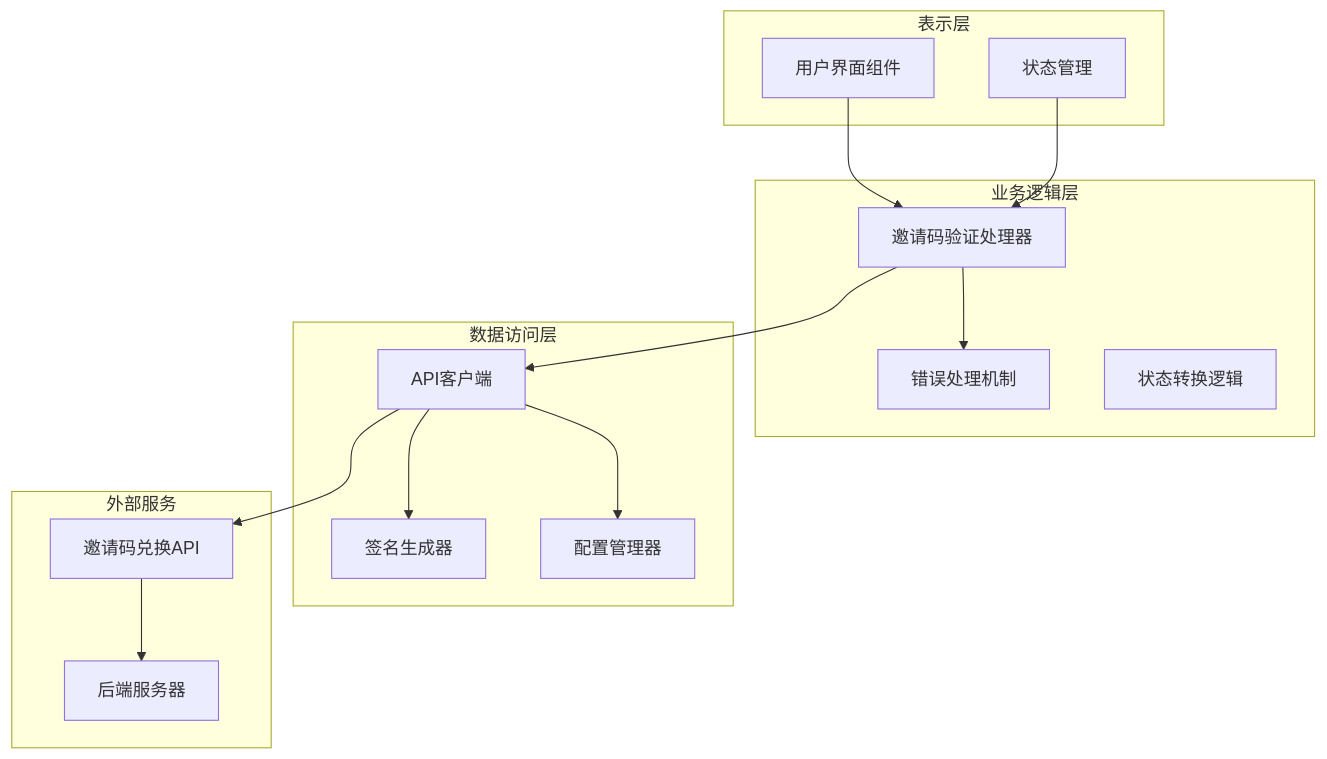
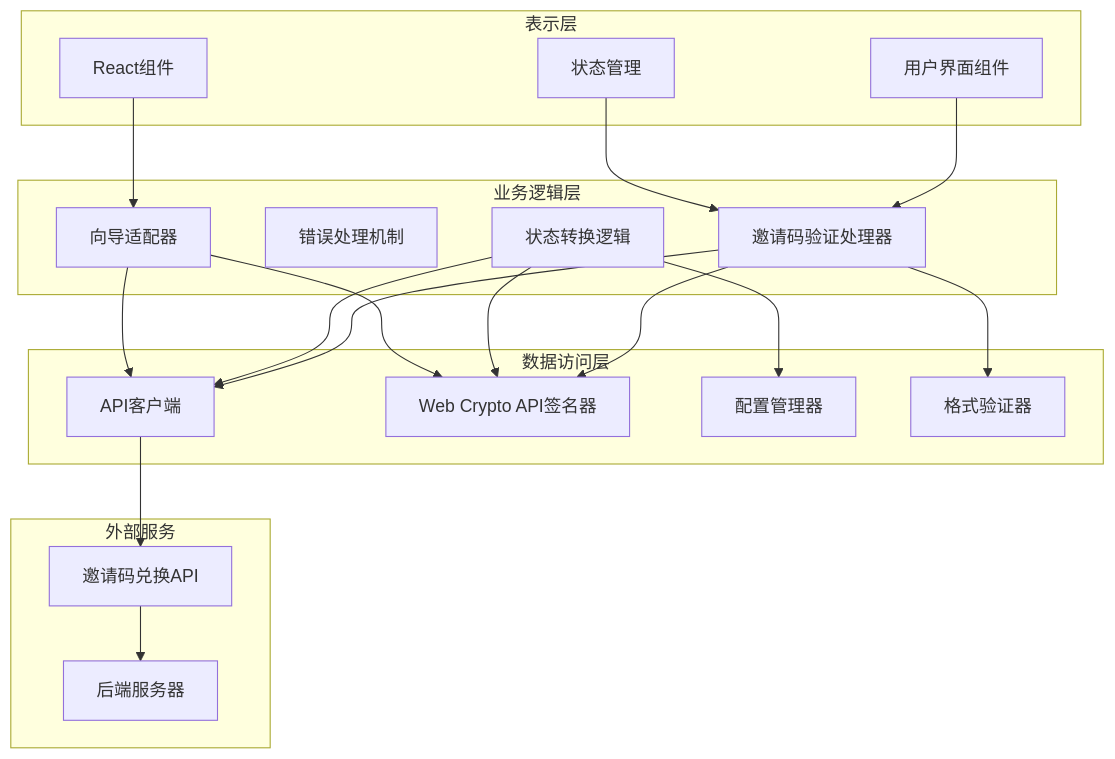
One commit to verse-ai-org/openclaw changed the fourth of 13 diagrams in .qoder/repowiki/zh/content/核心概念/邀请码API客户端.md. Above: the diagram before and after it, drawn with Mermaid. The commit also changed other lines of this file and 24 other files, not shown here.

````diff
--- a/.qoder/repowiki/zh/content/核心概念/邀请码API客户端.md
+++ b/.qoder/repowiki/zh/content/核心概念/邀请码API客户端.md
@@ -151,29 +181,37 @@
 ```mermaid
 graph TB
 subgraph "表示层"
 A[用户界面组件]
 B[状态管理]
+C[React组件]
 end
 subgraph "业务逻辑层"
-C[邀请码验证处理器]
-D[错误处理机制]
-E[状态转换逻辑]
+D[邀请码验证处理器]
+E[错误处理机制]
+F[状态转换逻辑]
+G[向导适配器]
 end
 subgraph "数据访问层"
-F[API客户端]
-G[签名生成器]
-H[配置管理器]
+H[API客户端]
+I[Web Crypto API签名器]
+J[配置管理器]
+K[格式验证器]
 end
 subgraph "外部服务"
-I[邀请码兑换API]
-J[后端服务器]
+L[邀请码兑换API]
+M[后端服务器]
 end
-A --> C
-B --> C
-C --> F
-C --> D
-F --> G
+A --> D
+B --> D
+C --> G
+D --> H
+D --> I
+D --> K
 F --> H
 F --> I
-I --> J
+F --> J
+G --> H
+G --> I
+H --> L
+L --> M
 ```
````
